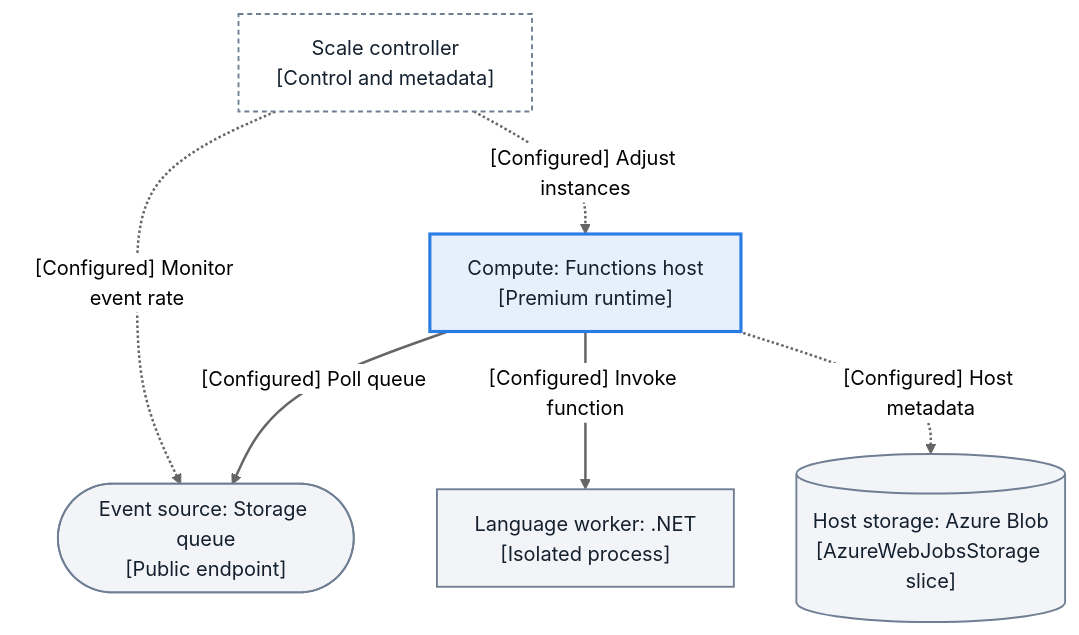
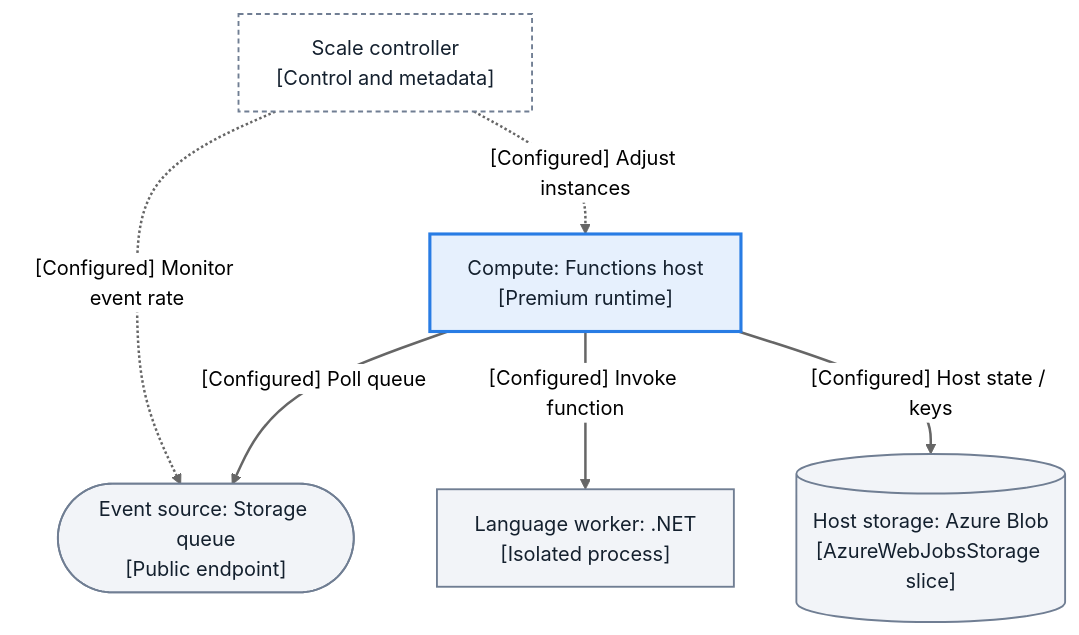
One commit to yeongseon/azure-functions-practical-guide changed the first of 7 diagrams in docs/reference/functions-topology-templates.md. Above: the diagram before and after it, drawn with Mermaid (neutral theme). The commit also changed other lines of this file and 1 other file, not shown here.

First line of the commit message:
fix(diagrams): enforce bounded topology template semantics

````diff
--- a/docs/reference/functions-topology-templates.md
+++ b/docs/reference/functions-topology-templates.md
@@ -124,22 +124,22 @@
 ```mermaid
 flowchart TD
     accTitle: Functions base - host coordination
     accDescr: Premium queue polling and isolated-worker invocation are separate from scaling metadata and Blob host storage. All boxes are logical roles, not subnet placement.
     scale_controller["Scale controller<br/>[Control and metadata]"]
     client(["Event source: Storage queue<br/>[Public endpoint]"])
     app_runtime["Compute: Functions host<br/>[Premium runtime]"]
     language_worker["Language worker: .NET<br/>[Isolated process]"]
     storage_db[("Host storage: Azure Blob<br/>[AzureWebJobsStorage slice]")]
     scale_controller -.->|"[Configured] Monitor event rate"| client
     scale_controller -.->|"[Configured] Adjust instances"| app_runtime
     app_runtime -->|"[Configured] Poll queue"| client
     app_runtime -->|"[Configured] Invoke function"| language_worker
-    app_runtime -.->|"[Configured] Host metadata"| storage_db
+    app_runtime -->|"[Configured] Host state / keys"| storage_db
     classDef baseNeutral fill:#f2f4f8,stroke:#707e93,stroke-width:1.5px,color:#14202e;
     classDef focusActive fill:#e6f0fd,stroke:#287ce4,stroke-width:2.5px,color:#14202e;
     classDef bandMuted fill:#ffffff,stroke:#707e93,stroke-width:1.5px,stroke-dasharray:4 3,color:#14202e;
     class client,language_worker,storage_db baseNeutral;
     class app_runtime focusActive;
     class scale_controller bandMuted;
     linkStyle default stroke-width:2px;
 ```
````
